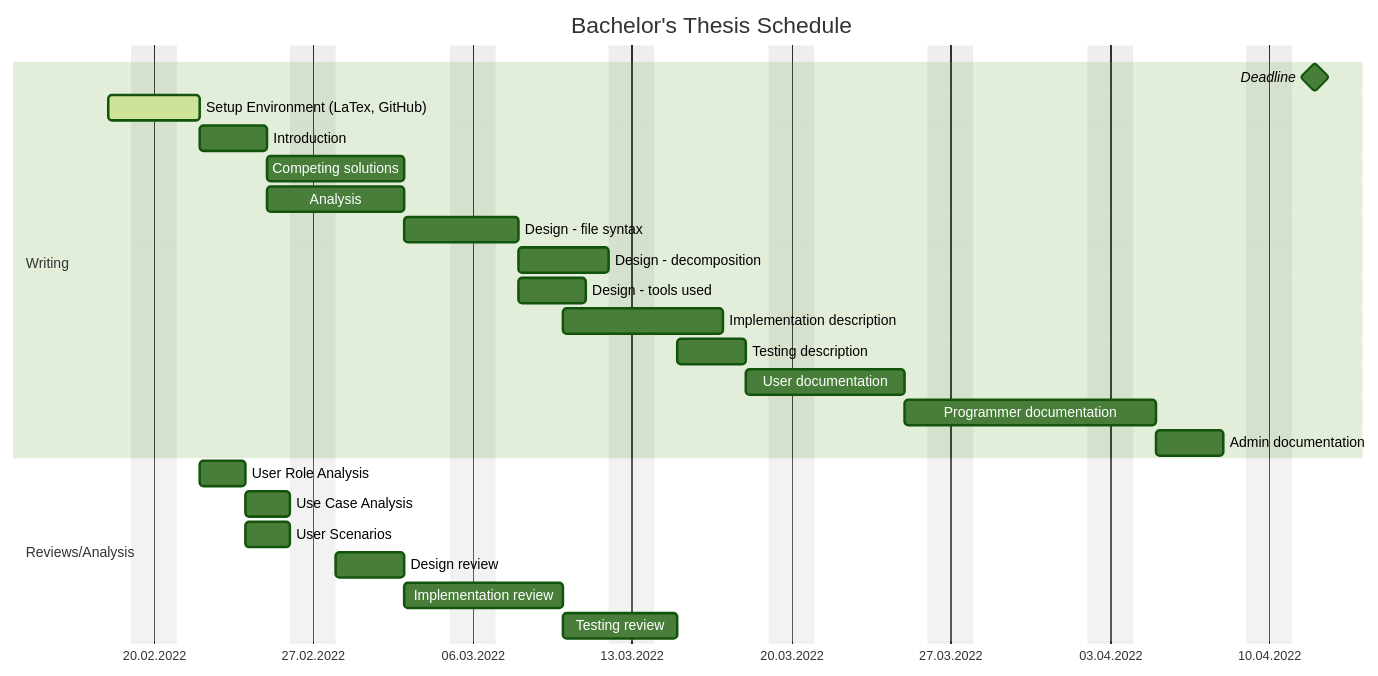
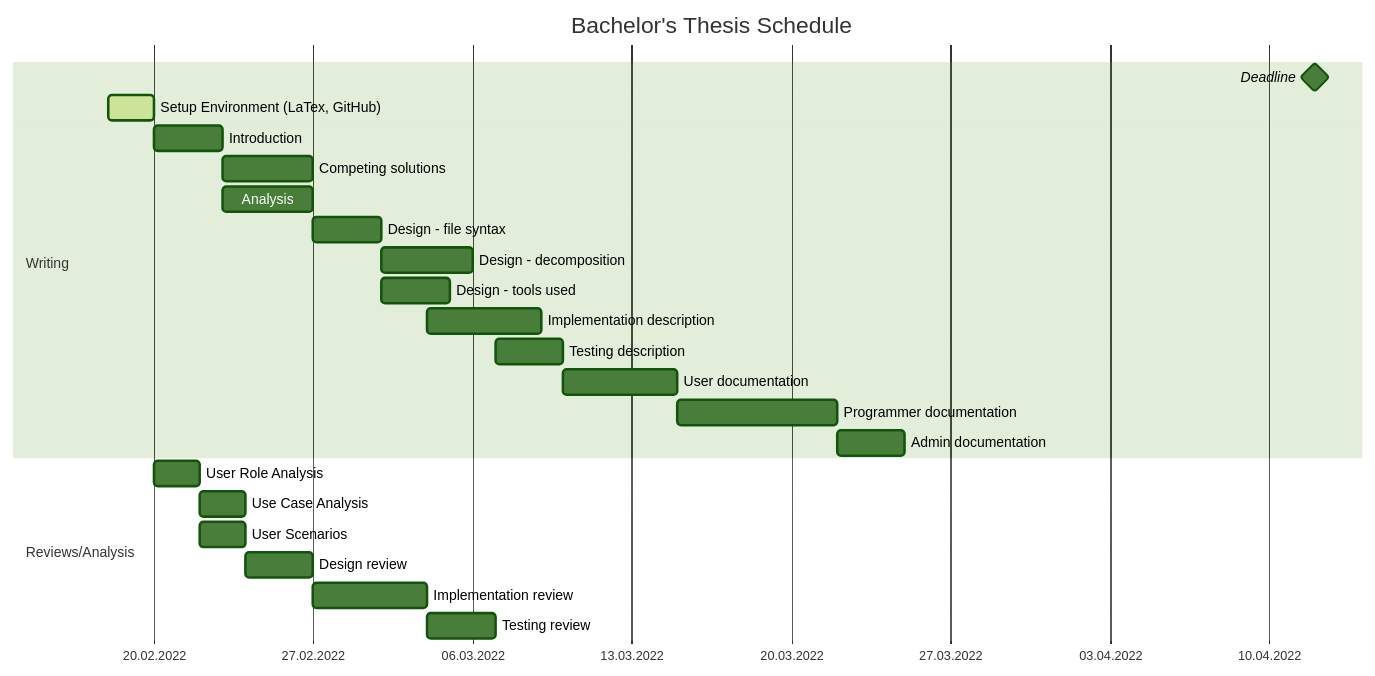
The diagram in schedule.md (barjin/bachelor-thesis), drawn with Mermaid (forest theme) before and after one commit. The commit also changed other lines of this file, not shown here.

````diff
--- a/schedule.md
+++ b/schedule.md
@@ -12,30 +3,29 @@
 ```mermaid
 gantt
     title Bachelor's Thesis Schedule
     dateFormat DD.MM.YYYY
     axisFormat %d.%m.%Y
-    excludes weekdays saturday,sunday
 
     section Writing
     Deadline: milestone, 12.04.2022, 0d
 
     Setup Environment (LaTex, GitHub): active, environment, 18.02.2022, 2d
     Introduction: introduction, after environment, 3d
     Competing solutions: 4d
     Analysis: after introduction, 4d
     Design - file syntax: syntax, after design_review, 3d
     Design - decomposition: after syntax, 4d
     Design - tools used: after syntax, 3d
     Implementation description: after implementation_review, 5d
     Testing description: after tests_review, 3d
     User documentation: 5d
     Programmer documentation:7d
     Admin documentation: 3d
     section Reviews/Analysis
     User Role Analysis: analysis_roles, after environment, 2d
     Use Case Analysis: after analysis_roles, 2d
     User Scenarios: analysis_scenarios, after analysis_roles, 2d
     Design review: design_review, after analysis_scenarios, 3d
     Implementation review: implementation_review, after design_review, 5d
     Testing review: tests_review, after implementation_review, 3d 
 ```
````
